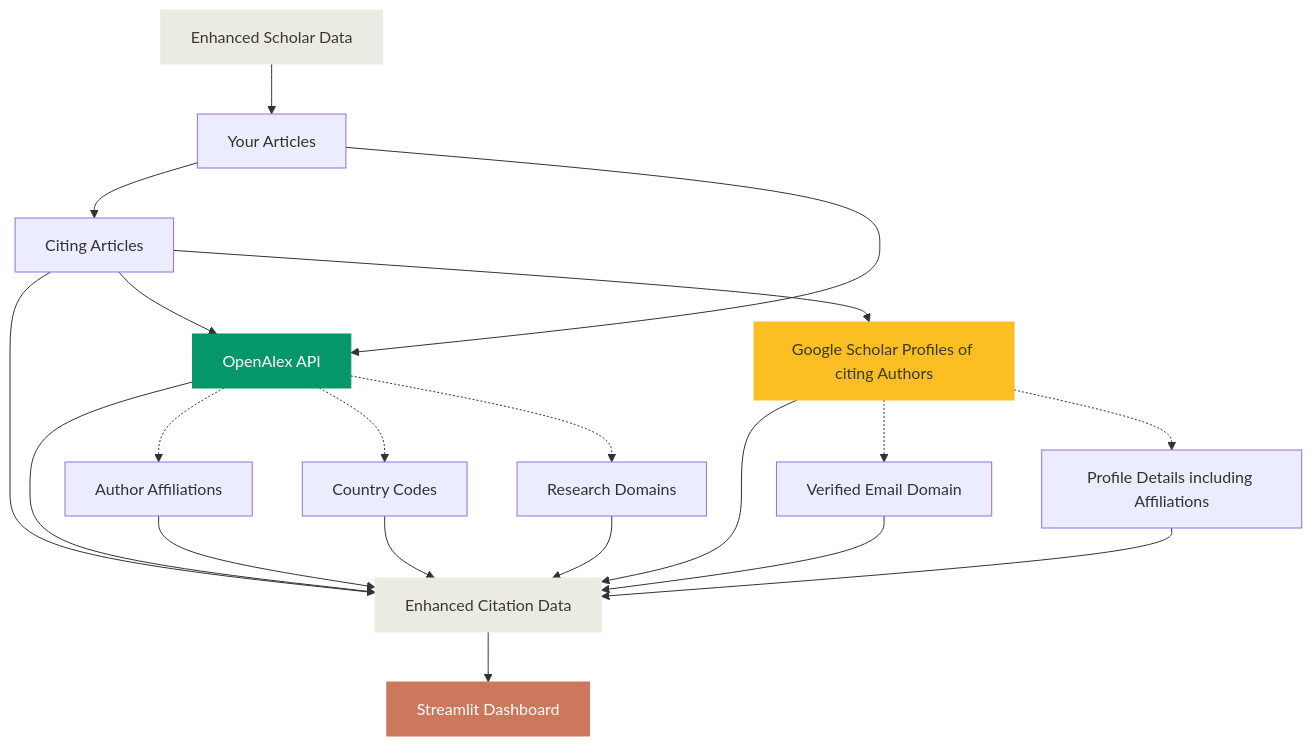
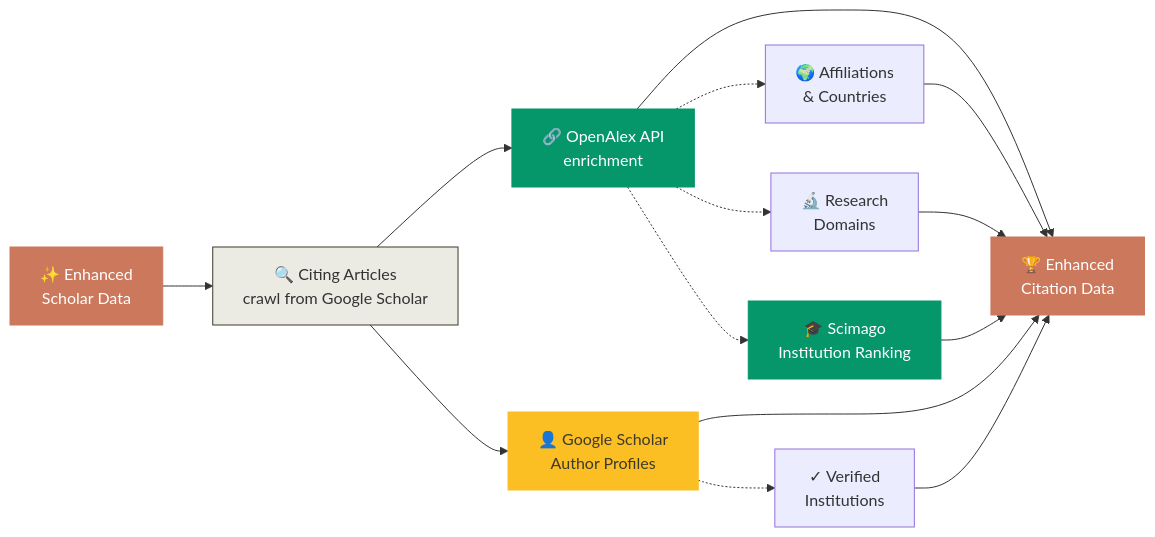
The second of 3 diagrams in README.md (abhishektiwari/scholarimpact), drawn with Mermaid before and after one commit. The commit also changed other lines of this file and 5 other files, not shown here.

````diff
--- a/README.md
+++ b/README.md
@@ -40,31 +47,23 @@
 ```mermaid
-flowchart TD
-    A[Enhanced Scholar Data] --> B[Your Articles]
-    B --> C[Citing Articles]
-    B --> F[OpenAlex API]
-    C --> D[Enhanced Citation Data]
-    D --> E[Streamlit Dashboard]
+flowchart LR
+    A["✨ Enhanced<br/>Scholar Data"] --> B["🔍 Citing Articles<br/>crawl from Google Scholar"]
+    B --> C["🔗 OpenAlex API<br/>enrichment"]
+    B --> D["👤 Google Scholar<br/>Author Profiles"]
+    C --> E["🏆 Enhanced<br/>Citation Data"]
+    D --> E
+    C -.-> F["🌍 Affiliations<br/>& Countries"]
+    C -.-> G["🔬 Research<br/>Domains"]
+    C -.-> I["🎓 Scimago<br/>Institution Ranking"]
+    D -.-> H["✓ Verified<br/>Institutions"]
+    F --> E
+    G --> E
+    H --> E
+    I --> E
     
-    C --> F[OpenAlex API]
-    C --> G[Google Scholar Profiles of citing Authors]
-    F --> D
-    G --> D
-    
-    F -.-> H[Author Affiliations]
-    F -.-> I[Country Codes]
-    F -.-> J[Research Domains]
-    G -.-> K[Verified Email Domain]
-    G -.-> L[Profile Details including Affiliations]
-    
-    H --> D
-    I --> D
-    J --> D
-    K --> D
-    L --> D
-    
-    style A fill:#ecebe3,stroke:#ecebe3,color:#3d3a2a
+    style A fill:#cb785c,stroke:#cb785c,color:#ffffff
+    style B fill:#ecebe3,stroke:#3d3a2a
+    style C fill:#059669,stroke:#059669,color:#ffffff
+    style D fill:#fbbf24,stroke:#fbbf24,color:#3d3a2a
     style E fill:#cb785c,stroke:#cb785c,color:#ffffff
-    style F fill:#059669,stroke:#059669,color:#ffffff
-    style G fill:#fbbf24,stroke:#fbbf24,color:#3d3a2a
-    style D fill:#ecebe3,stroke:#ecebe3,color:#3d3a2a
+    style I fill:#059669,stroke:#059669,color:#ffffff
 ```
````
